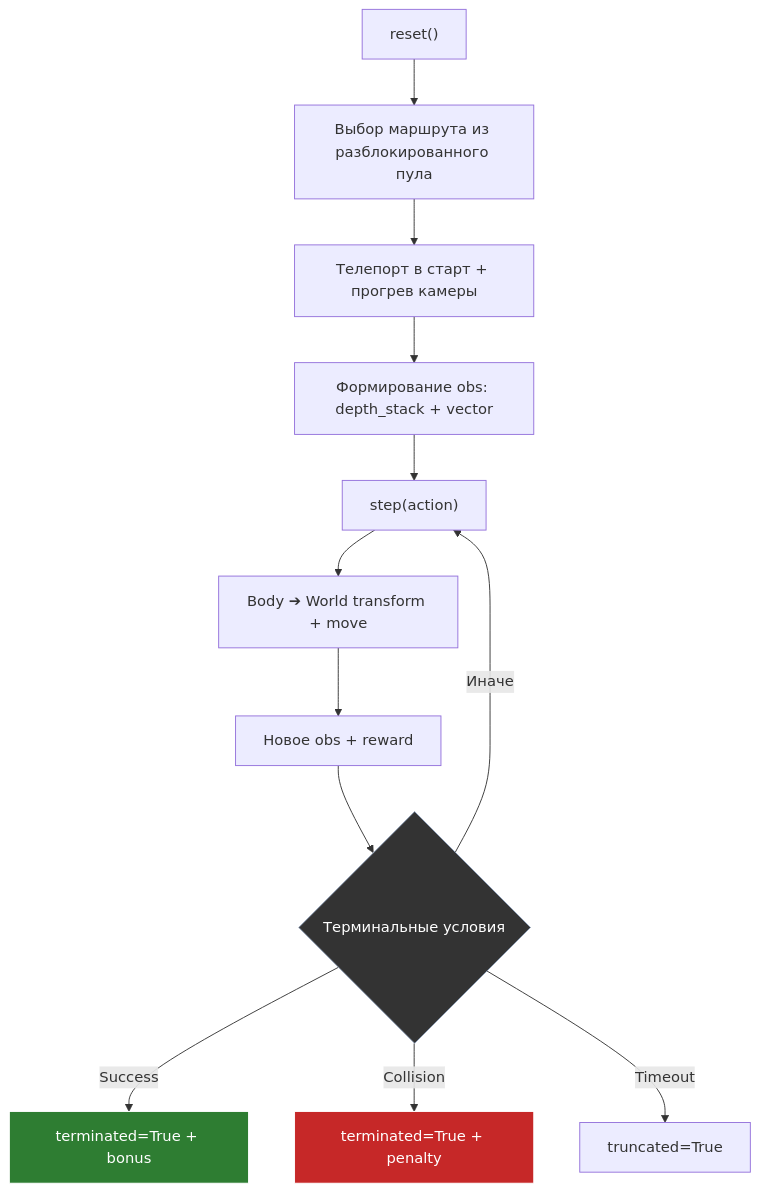
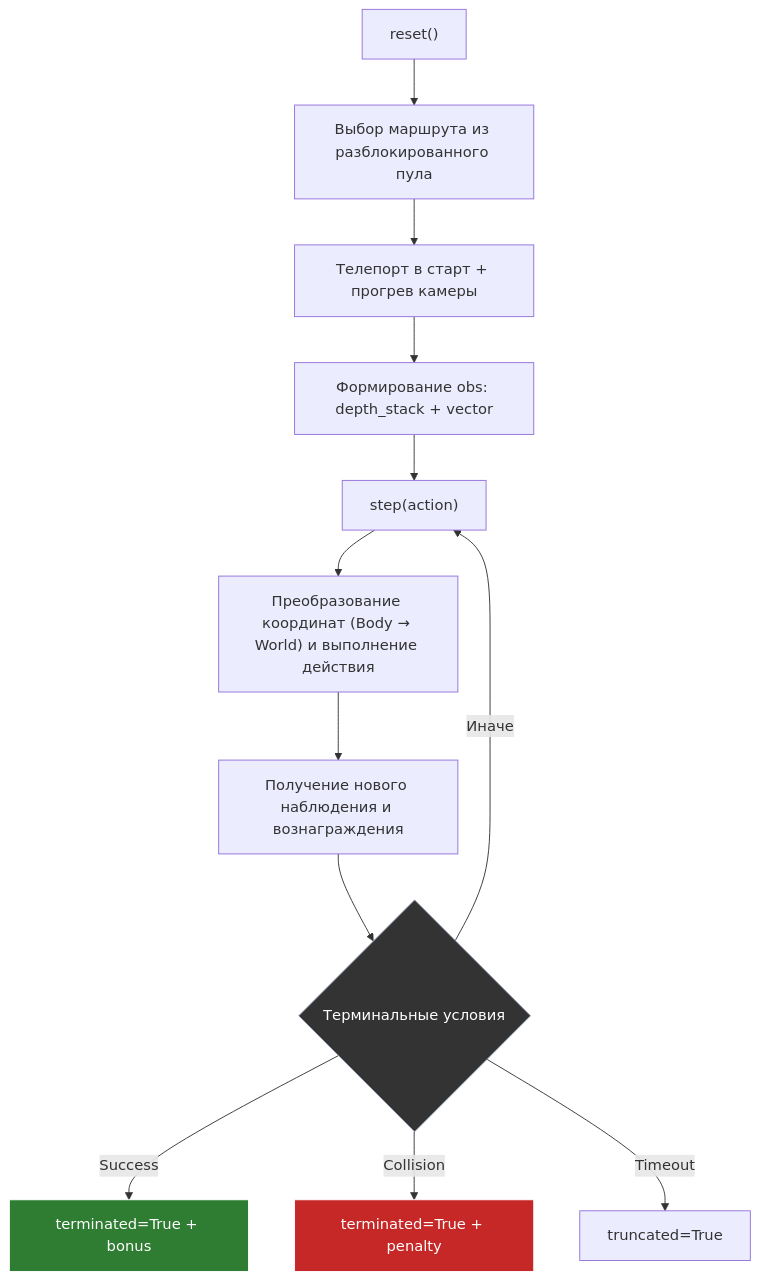
The first of 3 diagrams in docs/rl_agent.md (AsterPhys/Diploma), drawn with Mermaid before and after one commit. The commit also changed other lines of this file, not shown here.

````diff
--- a/docs/rl_agent.md
+++ b/docs/rl_agent.md
@@ -60,18 +60,18 @@
 ```mermaid
 flowchart TD
 A["reset()"] --> B["Выбор маршрута из разблокированного пула"]
 B --> C["Телепорт в старт + прогрев камеры"]
 C --> D["Формирование obs: depth_stack + vector"]
 D --> E["step(action)"]
-E --> F["Body ➔ World transform + move"]
-F --> G["Новое obs + reward"]
+E --> F["Преобразование координат (Body → World) и выполнение действия"]
+F --> G["Получение нового наблюдения и вознаграждения"]
 G --> H{"Терминальные условия"}
 H -->|Success| I["terminated=True + bonus"]
 H -->|Collision| J["terminated=True + penalty"]
 H -->|Timeout| K["truncated=True"]
 H -->|Иначе| E
 
 style H fill:#333,stroke:#8B9BB4,color:#fff
 style I fill:#2e7d32,stroke:#fff,color:#fff
 style J fill:#c62828,stroke:#fff,color:#fff
 ```
````
